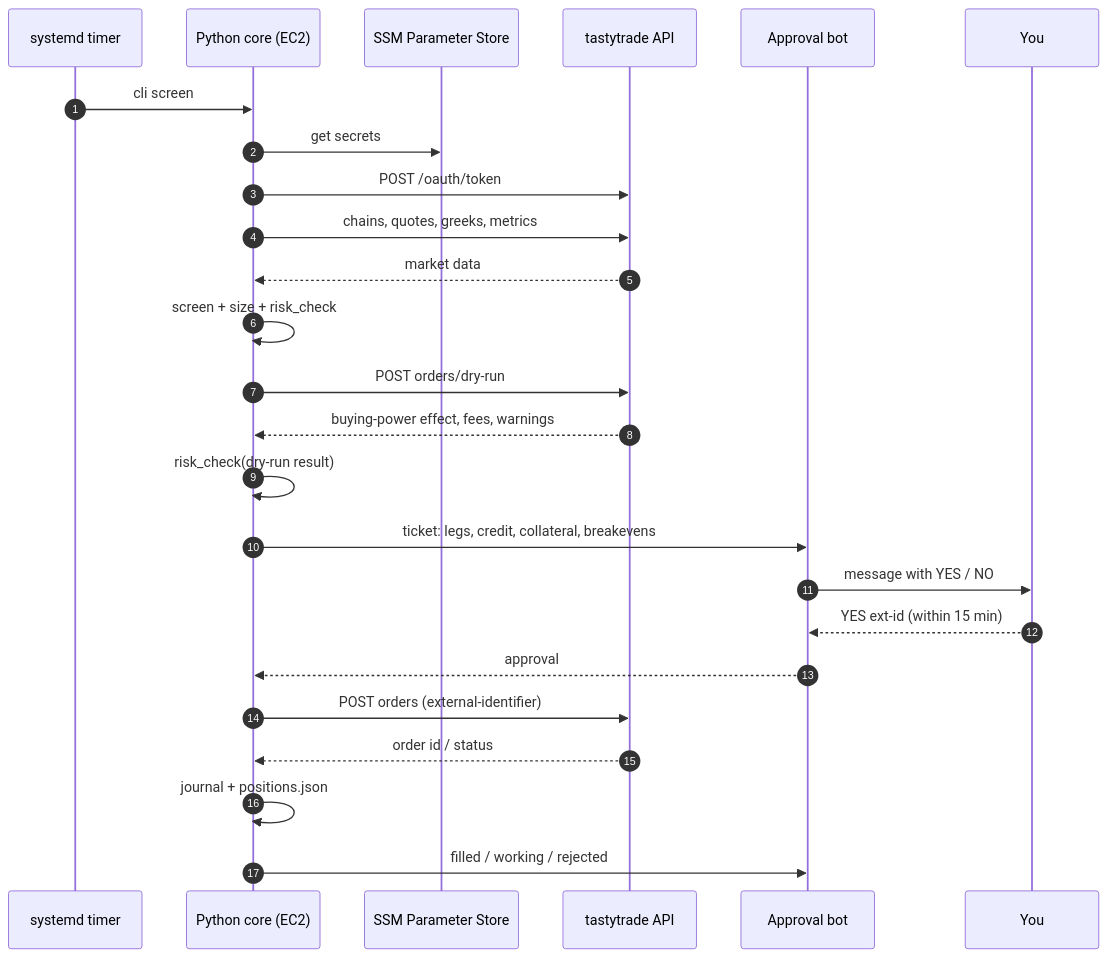
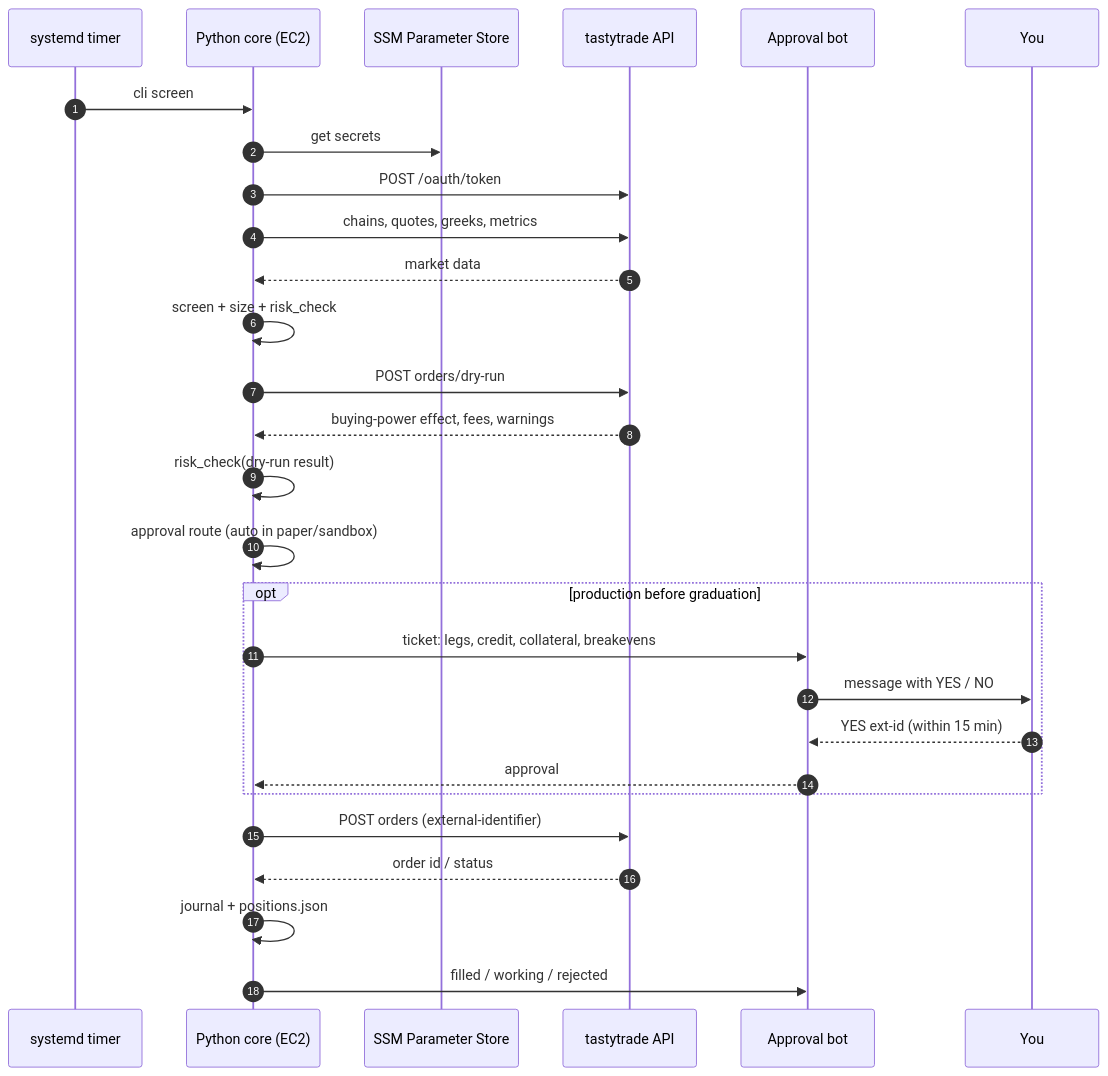
Before and after one commit to viplovegujrathi/trading-agent: the first of 2 diagrams in architecture.md, drawn with Mermaid. The commit also changed other lines of this file and 4 other files, not shown here.

First line of the commit message:
Handle ex-dividend exit signal (close whole condor); review plan and architecture against the build

````diff
--- a/architecture.md
+++ b/architecture.md
@@ -28,27 +32,30 @@
 ```mermaid
 sequenceDiagram
     autonumber
     participant Timer as systemd timer
     participant Core as Python core (EC2)
     participant SSM as SSM Parameter Store
     participant TT as tastytrade API
     participant Bot as Approval bot
     participant You
     Timer->>Core: cli screen
     Core->>SSM: get secrets
     Core->>TT: POST /oauth/token
     Core->>TT: chains, quotes, greeks, metrics
     TT-->>Core: market data
     Core->>Core: screen + size + risk_check
     Core->>TT: POST orders/dry-run
     TT-->>Core: buying-power effect, fees, warnings
     Core->>Core: risk_check(dry-run result)
+    Core->>Core: approval route (auto in paper/sandbox)
+    opt production before graduation
     Core->>Bot: ticket: legs, credit, collateral, breakevens
     Bot->>You: message with YES / NO
     You-->>Bot: YES ext-id (within 15 min)
     Bot-->>Core: approval
+    end
     Core->>TT: POST orders (external-identifier)
     TT-->>Core: order id / status
     Core->>Core: journal + positions.json
     Core->>Bot: filled / working / rejected
 ```
````
